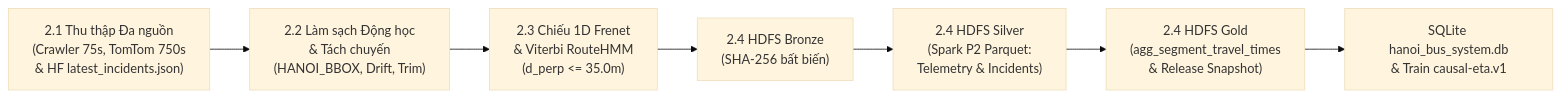
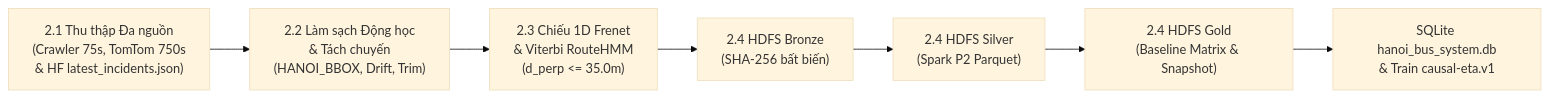
Before and after one commit to toibinguz/Bus_tracking: the second of 4 diagrams in report/report_full.md, drawn with Mermaid (base theme). The commit also changed other lines of this file and 1 other file, not shown here.

````diff
--- a/report/report_full.md
+++ b/report/report_full.md
@@ -114,9 +133,9 @@
 ```mermaid
 flowchart LR
     A["2.1 Thu thập Đa nguồn\n(Crawler 75s, TomTom 750s\n& HF latest_incidents.json)"] --> B["2.2 Làm sạch Động học\n& Tách chuyến\n(HANOI_BBOX, Drift, Trim)"]
     B --> C["2.3 Chiếu 1D Frenet\n& Viterbi RouteHMM\n(d_perp <= 35.0m)"]
     C --> D["2.4 HDFS Bronze\n(SHA-256 bất biến)"]
-    D --> E["2.4 HDFS Silver\n(Spark P2 Parquet:\nTelemetry & Incidents)"]
-    E --> F["2.4 HDFS Gold\n(agg_segment_travel_times\n& Release Snapshot)"]
+    D --> E["2.4 HDFS Silver\n(Spark P2 Parquet)"]
+    E --> F["2.4 HDFS Gold\n(Baseline Matrix & Snapshot)"]
     F --> G["SQLite hanoi_bus_system.db\n& Train causal-eta.v1"]
 ```
````
